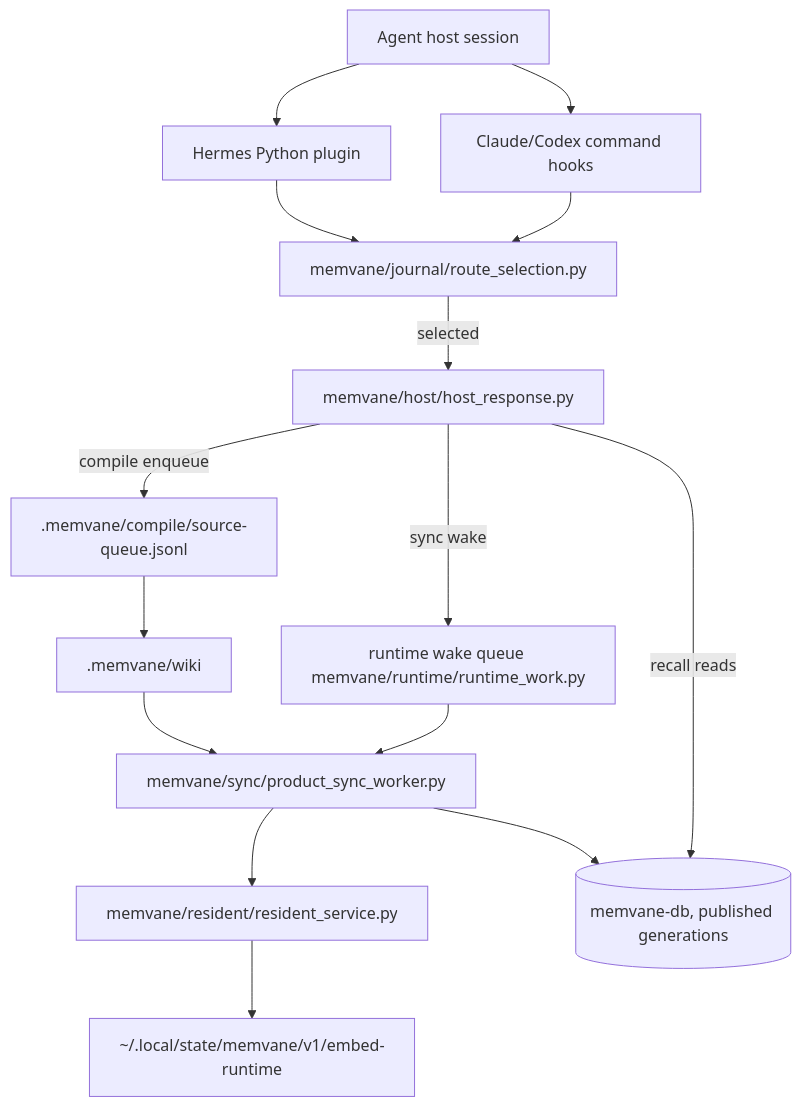
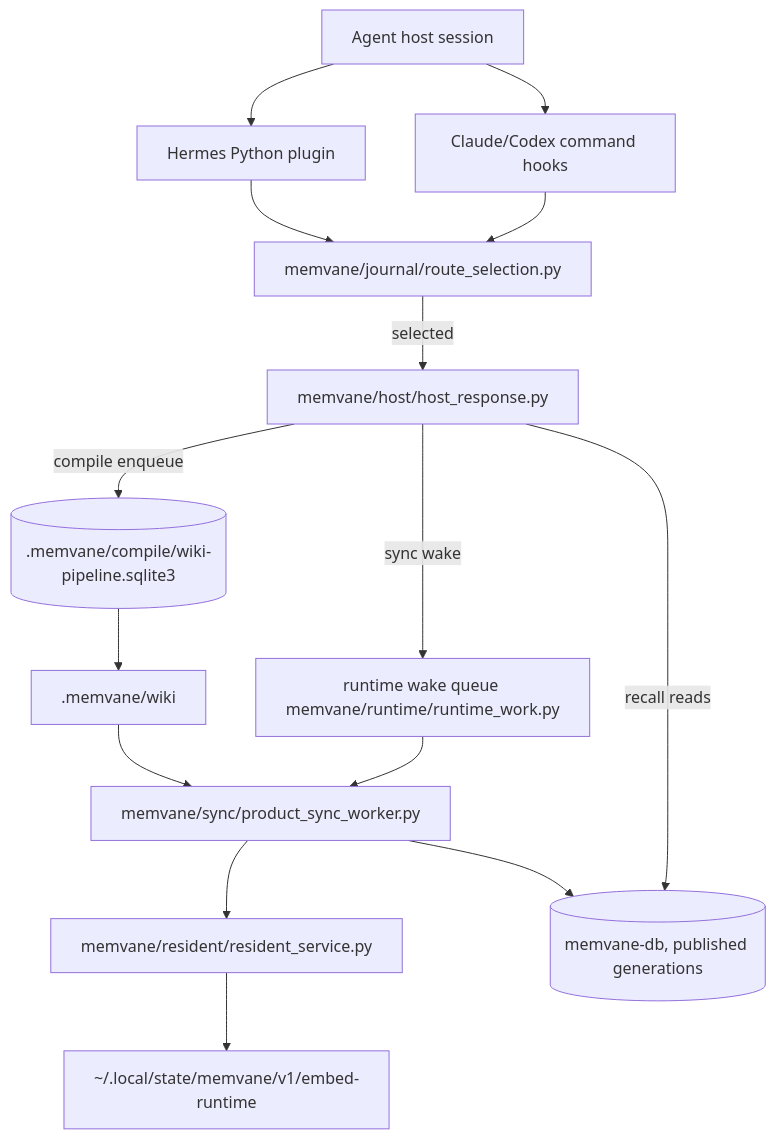
The diagram in docs/architecture.md (zbdulee/memvane), drawn with Mermaid before and after one commit. The commit also changed other lines of this file and 10 other files, not shown here.

````diff
--- a/docs/architecture.md
+++ b/docs/architecture.md
@@ -88,30 +88,30 @@
 ```mermaid
 flowchart TD
     User[Agent host session]
     Claude[Claude/Codex command hooks]
     Hermes[Hermes Python plugin]
     Route[memvane/journal/route_selection.py]
     Resp[memvane/host/host_response.py]
     Wakes[runtime wake queue memvane/runtime/runtime_work.py]
     Sync[memvane/sync/product_sync_worker.py]
     Resident[memvane/resident/resident_service.py]
     Embed[~/.local/state/memvane/v1/embed-runtime]
     Index[(memvane-db, published generations)]
-    CompileQ[.memvane/compile/source-queue.jsonl]
+    CompileQ[(.memvane/compile/wiki-pipeline.sqlite3)]
     Wiki[.memvane/wiki]
 
     User --> Claude
     User --> Hermes
     Claude --> Route
     Hermes --> Route
     Route -->|selected| Resp
     Resp -->|recall reads| Index
     Resp -->|sync wake| Wakes
     Resp -->|compile enqueue| CompileQ
     Wakes --> Sync
     Sync --> Resident
     Resident --> Embed
     Sync --> Index
     CompileQ --> Wiki
     Wiki --> Sync
 ```
````
